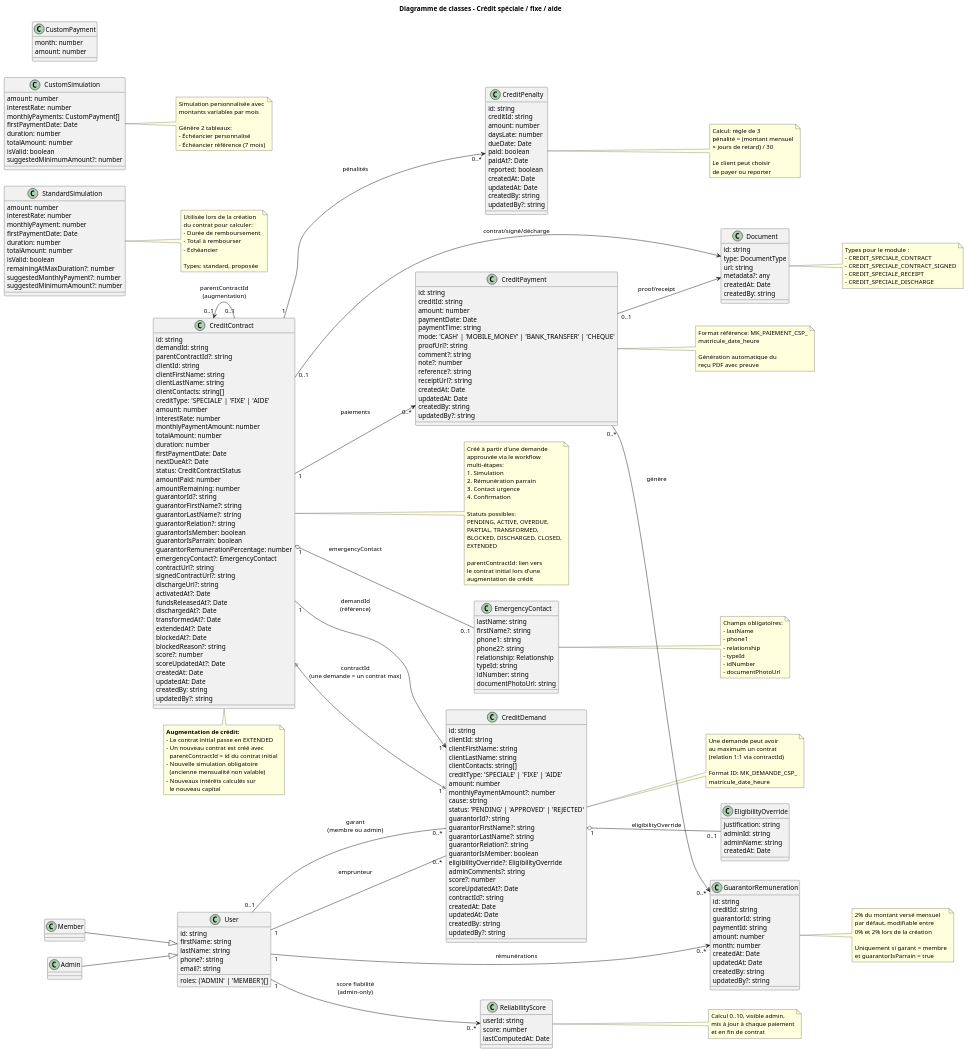
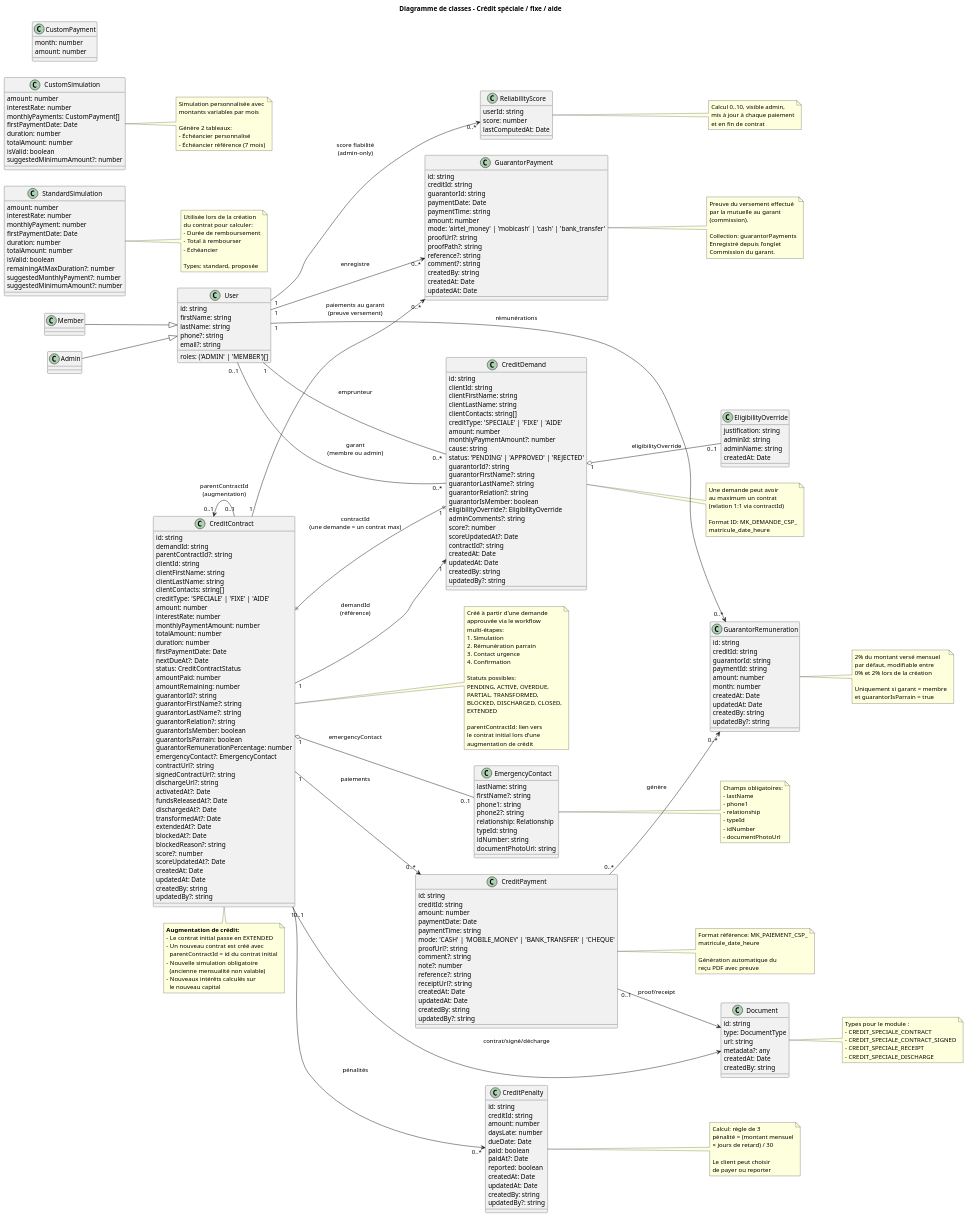
The diagram in documentation/credit-speciale/V1/credit-speciale-classes.puml (GlennEriss/kara-client-front), drawn with PlantUML before and after one commit. The commit also changed 10 other files, not shown here.

First line of the commit message:
feat(credit-speciale): implement Guarantor Payment feature for tracking payments to guarantors

```diff
--- a/documentation/credit-speciale/V1/credit-speciale-classes.puml
+++ b/documentation/credit-speciale/V1/credit-speciale-classes.puml
@@ -183,6 +183,23 @@
   updatedBy?: string
 }
 
+class GuarantorPayment {
+  id: string
+  creditId: string
+  guarantorId: string
+  paymentDate: Date
+  paymentTime: string
+  amount: number
+  mode: 'airtel_money' | 'mobicash' | 'cash' | 'bank_transfer'
+  proofUrl?: string
+  proofPath?: string
+  reference?: string
+  comment?: string
+  createdBy: string
+  createdAt: Date
+  updatedAt: Date
+}
+
 class ReliabilityScore {
   userId: string
   score: number
@@ -214,8 +231,10 @@
 CreditPayment "0..1" --> Document : proof/receipt
 CreditContract "0..1" --> Document : contrat/signé/décharge
 CreditPayment "0..*" --> "0..*" GuarantorRemuneration : génère
+CreditContract "1" --> "0..*" GuarantorPayment : paiements au garant\n(preuve versement)
 User "1" --> "0..*" ReliabilityScore : score fiabilité\n(admin-only)
 User "1" --> "0..*" GuarantorRemuneration : rémunérations
+User "1" --> "0..*" GuarantorPayment : enregistre
 
 note right of CreditDemand
   Une demande peut avoir
@@ -274,6 +293,16 @@
   et guarantorIsParrain = true
 end note
 
+note right of GuarantorPayment
+  Preuve du versement effectué
+  par la mutuelle au garant
+  (commission).
+  
+  Collection: guarantorPayments
+  Enregistré depuis l’onglet
+  Commission du garant.
+end note
+
 note right of CreditPayment
   Format référence: MK_PAIEMENT_CSP_
   matricule_date_heure
```
